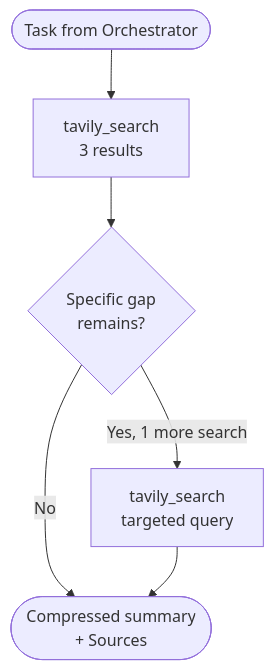
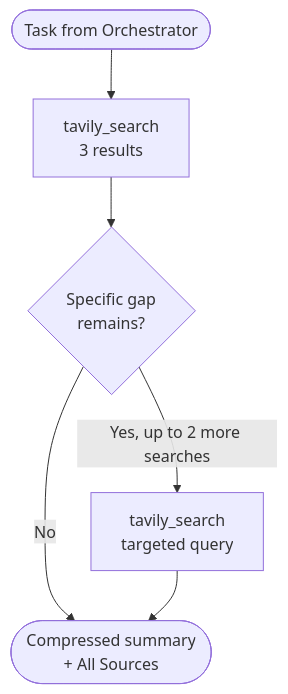
One commit to andrecodea/research-deep-agent changed the second of 3 diagrams in README.md. Above: the diagram before and after it, drawn with Mermaid. The commit also changed other lines of this file, not shown here.

First line of the commit message:
docs: update README to reflect direct search bypass and hard cap

````diff
--- a/README.md
+++ b/README.md
@@ -36,8 +36,8 @@
 ```mermaid
 flowchart TD
     IN([Task from Orchestrator]) --> Search[tavily_search\n3 results]
     Search --> Gap{Specific gap\nremains?}
-    Gap -->|Yes, 1 more search| Search2[tavily_search\ntargeted query]
+    Gap -->|Yes, up to 2 more searches| Search2[tavily_search\ntargeted query]
     Gap -->|No| OUT
-    Search2 --> OUT([Compressed summary\n+ Sources])
+    Search2 --> OUT([Compressed summary\n+ All Sources])
 ```
````
